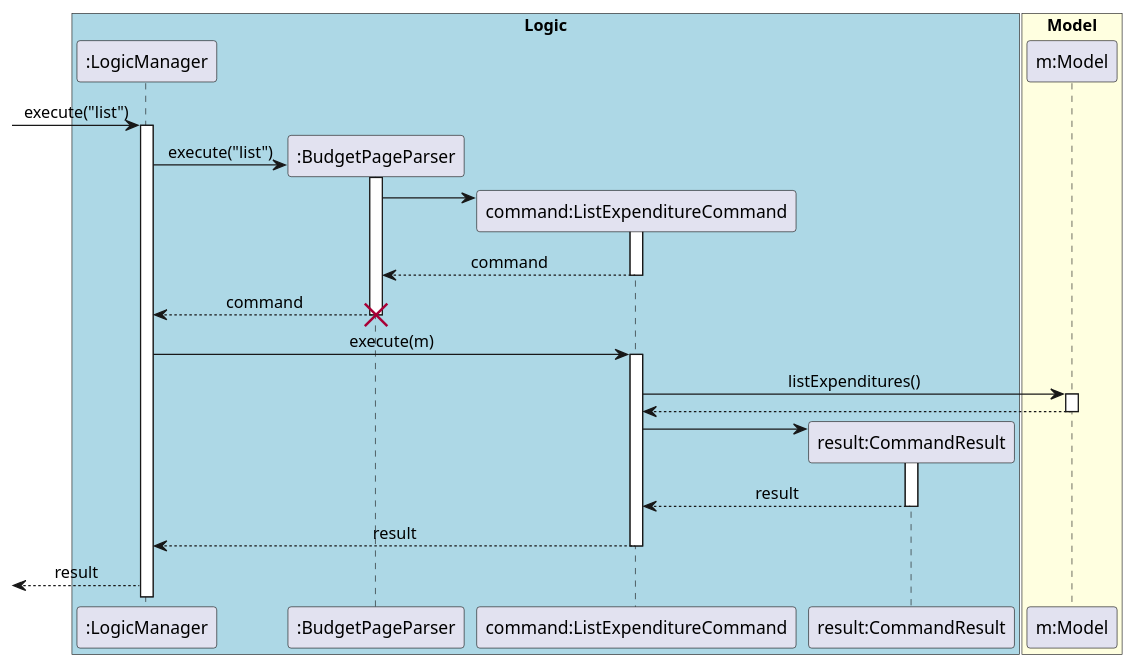
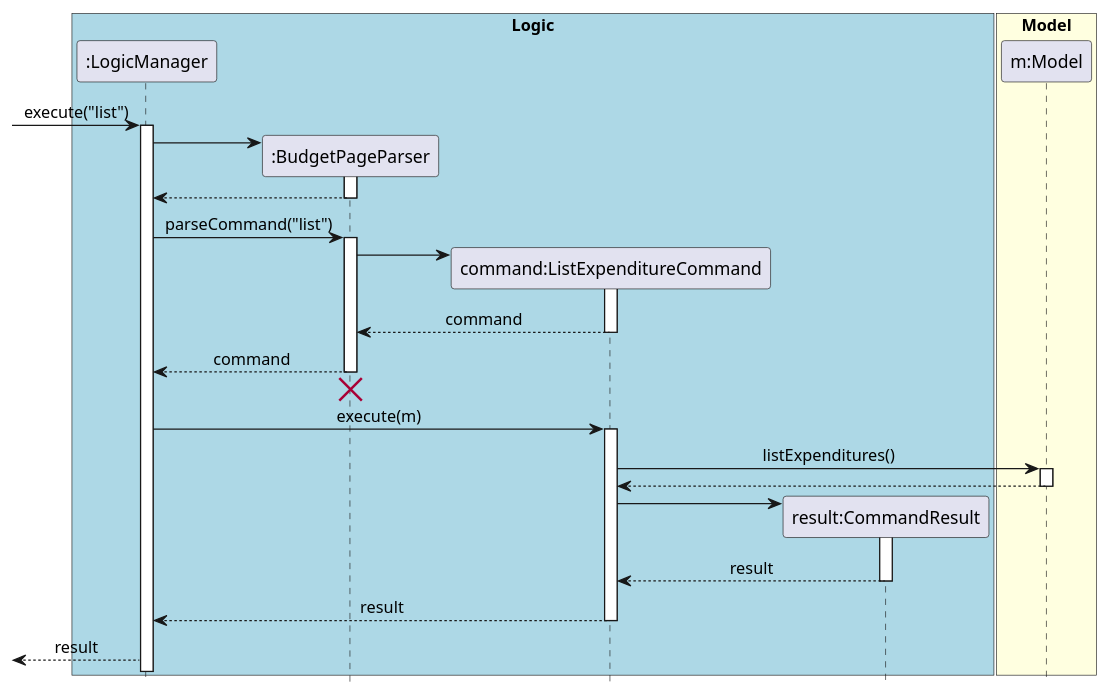
The diagram in docs/diagrams/commandsPlantUML/ListExpenditureCommand.puml (yu-ming-chen/tp), drawn with PlantUML before and after one commit. The commit also changed 12 other files, not shown here.

Commit message:
Update find and list command PUML diagrams

```diff
--- a/docs/diagrams/commandsPlantUML/ListExpenditureCommand.puml
+++ b/docs/diagrams/commandsPlantUML/ListExpenditureCommand.puml
@@ -1,51 +1,58 @@
 @startuml
+hide footbox
 skinparam Sequence {
     MessageAlign center
 }
 box "Logic" #LightBlue
 participant ":LogicManager" as LM
 participant ":BudgetPageParser" as BPP
 participant "command:ListExpenditureCommand" as LEC
 participant "result:CommandResult" as CR
 end box
 
 box "Model" #LightYellow
 participant "m:Model" as M
 end box
 
 [-> LM : execute("list")
 activate LM
+
 create BPP
-LM -> BPP : execute("list")
+LM -> BPP
+activate BPP
+LM <-- BPP
+deactivate BPP
 
+LM -> BPP : parseCommand("list")
 activate BPP
 
 create LEC
 BPP -> LEC
 activate LEC
 BPP <-- LEC : command
 deactivate LEC
 
 LM <-- BPP : command
 deactivate BPP
+LM <-[hidden]- BPP
 destroy BPP
 LM -> LEC : execute(m)
 activate LEC
 
 LEC -> M : listExpenditures()
 activate M
 LEC <-- M
 deactivate M
 
 create CR
 LEC -> CR
 activate CR
 LEC <-- CR : result
 deactivate CR
 
 LM <-- LEC : result
 deactivate LEC
 [<-- LM : result
 
 
 @enduml
```
